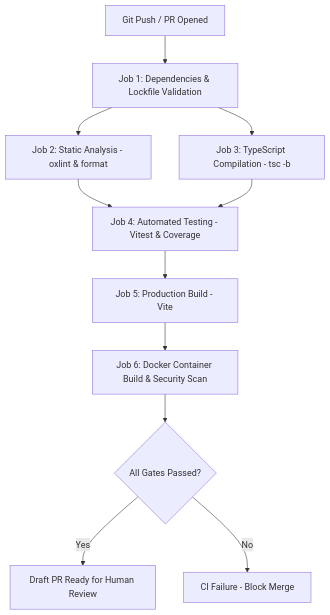
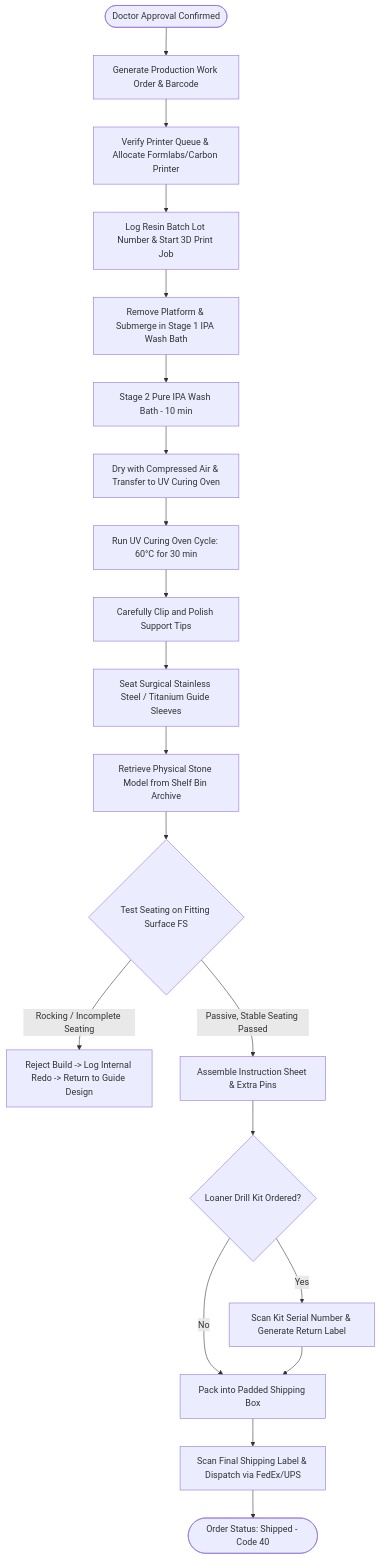
One commit to Abdo2000-1/newcp-ui-option-a changed diagram 11 of 11 in docs/01_PROJECT/SDS.md. Above: the diagram before and after it, drawn with Mermaid. The commit also changed other lines of this file and 2 other files, not shown here.

Commit message:
docs(T-000): add comprehensive UML diagrams and export SRS & SDS to PDF

````diff
--- a/docs/01_PROJECT/SDS.md
+++ b/docs/01_PROJECT/SDS.md
@@ -201,13 +669,22 @@
 ```mermaid
 flowchart TD
-    A[Git Push / PR Opened] --> B[Job 1: Dependencies & Lockfile Validation]
-    B --> C[Job 2: Static Analysis - oxlint & format]
-    B --> D[Job 3: TypeScript Compilation - tsc -b]
-    C --> E[Job 4: Automated Testing - Vitest & Coverage]
-    D --> E
-    E --> F[Job 5: Production Build - Vite]
-    F --> G[Job 6: Docker Container Build & Security Scan]
-    G --> H{All Gates Passed?}
-    H -- Yes --> I[Draft PR Ready for Human Review]
-    H -- No --> J[CI Failure - Block Merge]
+    A([Doctor Approval Confirmed]) --> B[Generate Production Work Order & Barcode]
+    B --> C[Verify Printer Queue & Allocate Formlabs/Carbon Printer]
+    C --> D[Log Resin Batch Lot Number & Start 3D Print Job]
+    D --> E[Remove Platform & Submerge in Stage 1 IPA Wash Bath]
+    E --> F[Stage 2 Pure IPA Wash Bath - 10 min]
+    F --> G[Dry with Compressed Air & Transfer to UV Curing Oven]
+    G --> H[Run UV Curing Oven Cycle: 60°C for 30 min]
+    H --> I[Carefully Clip and Polish Support Tips]
+    I --> J[Seat Surgical Stainless Steel / Titanium Guide Sleeves]
+    J --> K[Retrieve Physical Stone Model from Shelf Bin Archive]
+    K --> L{Test Seating on Fitting Surface FS}
+    L -- Rocking / Incomplete Seating --> M[Reject Build -> Log Internal Redo -> Return to Guide Design]
+    L -- Passive, Stable Seating Passed --> N[Assemble Instruction Sheet & Extra Pins]
+    N --> O{Loaner Drill Kit Ordered?}
+    O -- Yes --> P[Scan Kit Serial Number & Generate Return Label]
+    O -- No --> Q[Pack into Padded Shipping Box]
+    P --> Q
+    Q --> R[Scan Final Shipping Label & Dispatch via FedEx/UPS]
+    R --> S([Order Status: Shipped - Code 40])
 ```
````
